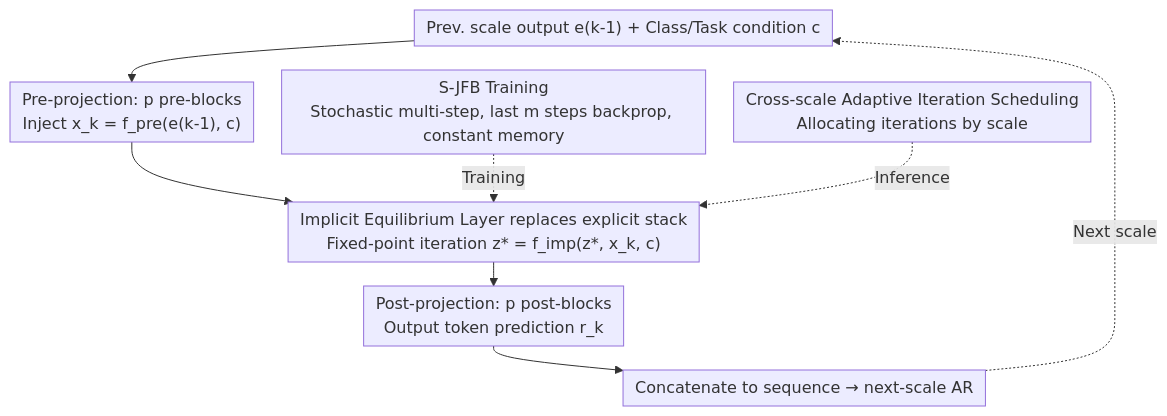
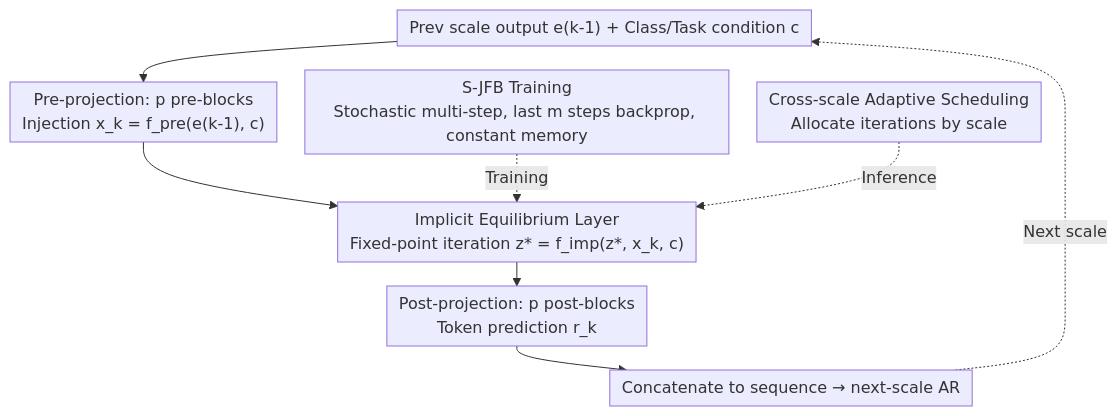
Before and after one commit to zhaoyang97/Paper-Notes-en: the diagram in docs/ICML2026/image_generation/visual_implicit_autoregressive_modeling.md, drawn with Mermaid. The commit also changed other lines of this file and 5084 other files, not shown here.

````diff
--- a/docs/ICML2026/image_generation/visual_implicit_autoregressive_modeling.md
+++ b/docs/ICML2026/image_generation/visual_implicit_autoregressive_modeling.md
@@ -46,15 +46,15 @@
 ```mermaid
 %%{init: {'flowchart': {'rankSpacing': 24, 'nodeSpacing': 28, 'padding': 6, 'wrappingWidth': 400}}}%%
 flowchart TD
-    IN["Prev. scale output e(k-1) + Class/Task condition c"]
-    PRE["Pre-projection: p pre-blocks<br/>Inject x_k = f_pre(e(k-1), c)"]
-    IMP["Implicit Equilibrium Layer replaces explicit stack<br/>Fixed-point iteration z* = f_imp(z*, x_k, c)"]
-    POST["Post-projection: p post-blocks<br/>Output token prediction r_k"]
+    IN["Prev scale output e(k-1) + Class/Task condition c"]
+    PRE["Pre-projection: p pre-blocks<br/>Injection x_k = f_pre(e(k-1), c)"]
+    IMP["Implicit Equilibrium Layer<br/>Fixed-point iteration z* = f_imp(z*, x_k, c)"]
+    POST["Post-projection: p post-blocks<br/>Token prediction r_k"]
     OUT["Concatenate to sequence → next-scale AR"]
     IN --> PRE --> IMP --> POST --> OUT
     OUT -.Next scale.-> IN
     SJFB["S-JFB Training<br/>Stochastic multi-step, last m steps backprop, constant memory"]
-    SCHED["Cross-scale Adaptive Iteration Scheduling<br/>Allocating iterations by scale"]
+    SCHED["Cross-scale Adaptive Scheduling<br/>Allocate iterations by scale"]
     SJFB -.Training.-> IMP
     SCHED -.Inference.-> IMP
 ```
````
